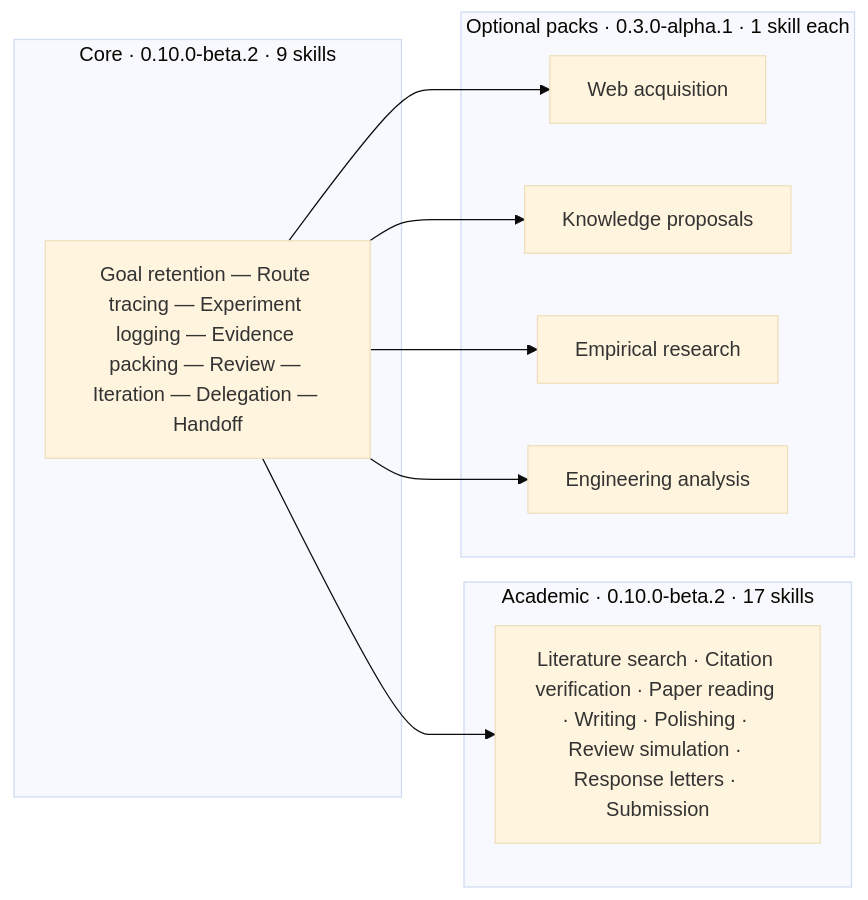
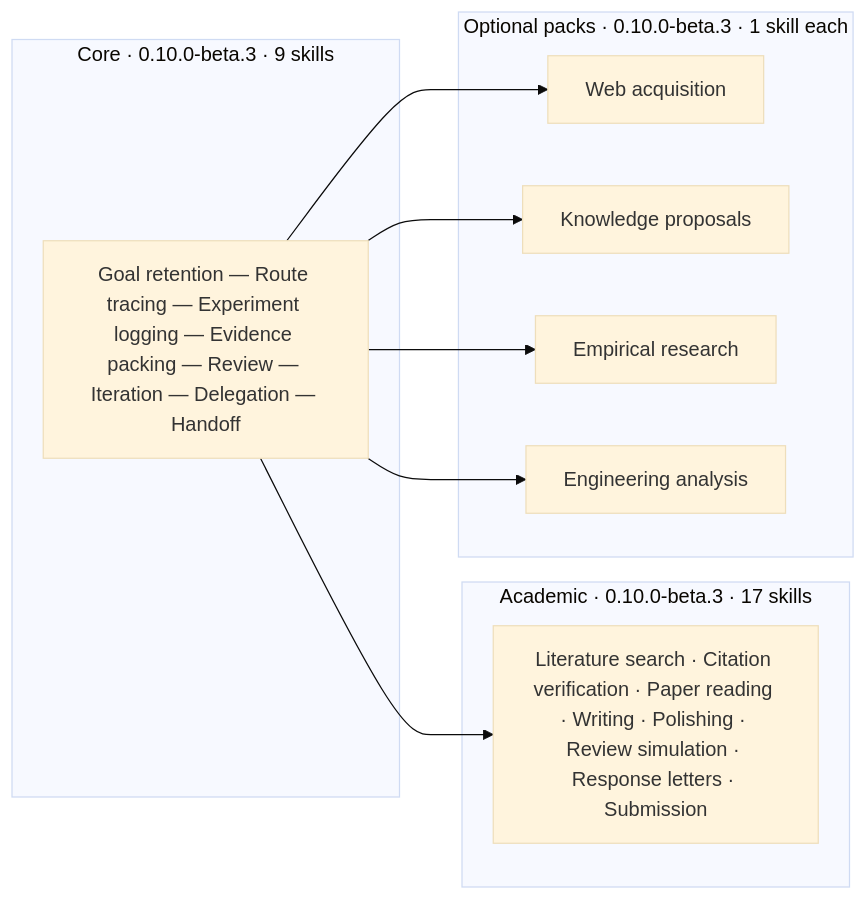
Before and after one commit to AlexenderSokolov/deepscientist-lite-codex-plugin: the first of 2 diagrams in README.md, drawn with Mermaid (base theme). The commit also changed other lines of this file and 368 other files, not shown here.

````diff
--- a/README.md
+++ b/README.md
@@ -13,17 +13,17 @@
 ```mermaid
 graph LR
-    subgraph "Core · 0.10.0-beta.2 · 9 skills"
+    subgraph "Core · 0.10.0-beta.3 · 9 skills"
         A["Goal retention — Route tracing — Experiment logging — Evidence packing — Review — Iteration — Delegation — Handoff"]
     end
-    subgraph "Academic · 0.10.0-beta.2 · 17 skills"
+    subgraph "Academic · 0.10.0-beta.3 · 17 skills"
         B["Literature search · Citation verification · Paper reading · Writing · Polishing · Review simulation · Response letters · Submission"]
     end
-    subgraph "Optional packs · 0.3.0-alpha.1 · 1 skill each"
+    subgraph "Optional packs · 0.10.0-beta.3 · 1 skill each"
         C["Web acquisition"]
         D["Knowledge proposals"]
         E["Empirical research"]
         F["Engineering analysis"]
     end
     A --> B
     A --> C & D & E & F
 ```
````
